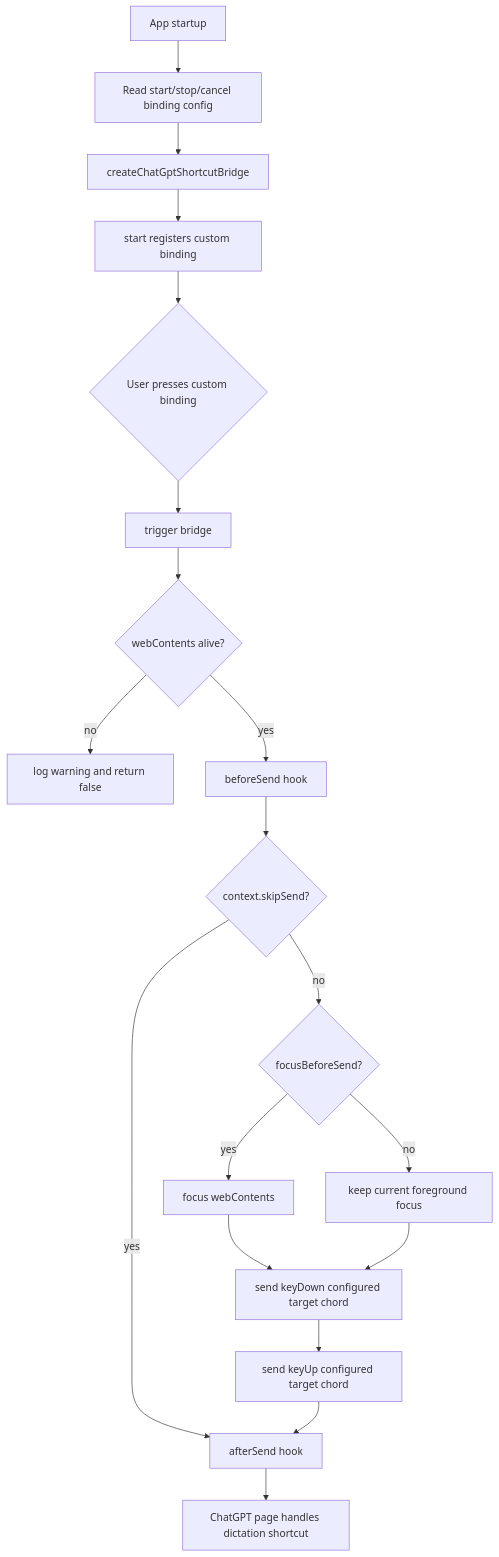
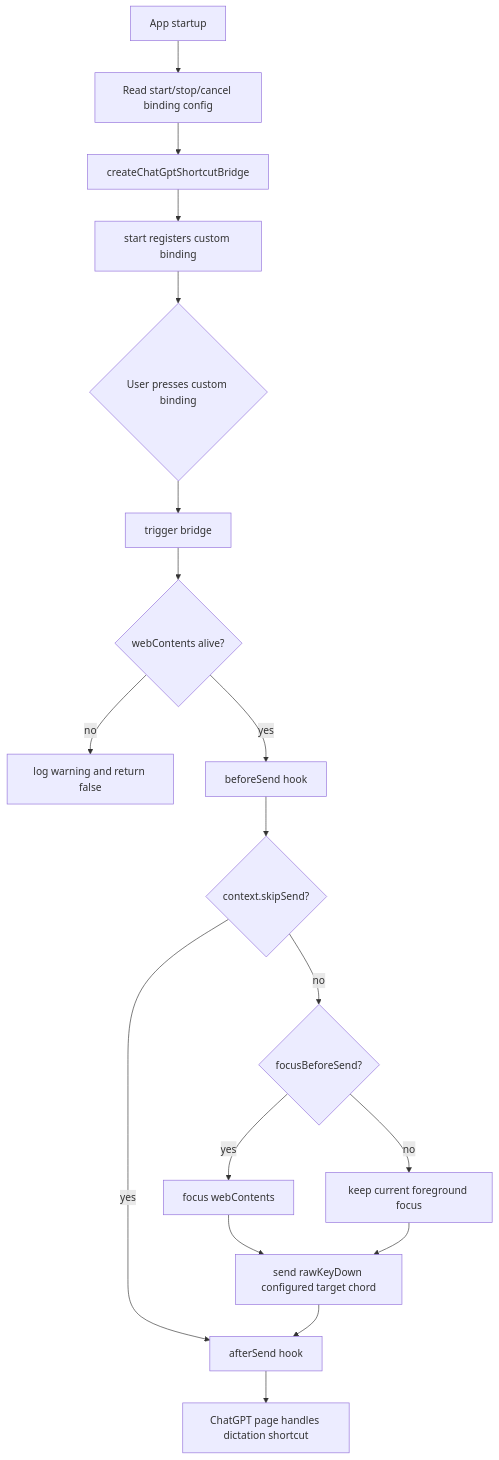
One commit to AKAazure/Dandelion changed the first of 2 diagrams in .doc/modules/chatgpt-shortcut-bridge.md. Above: the diagram before and after it, drawn with Mermaid. The commit also changed other lines of this file and 33 other files, not shown here.

````diff
--- a/.doc/modules/chatgpt-shortcut-bridge.md
+++ b/.doc/modules/chatgpt-shortcut-bridge.md
@@ -60,21 +60,20 @@
 ```mermaid
 flowchart TD
   A[App startup] --> B[Read start/stop/cancel binding config]
   B --> C[createChatGptShortcutBridge]
   C --> D[start registers custom binding]
   D --> E{User presses custom binding}
   E --> F[trigger bridge]
   F --> G{webContents alive?}
   G -- no --> H[log warning and return false]
   G -- yes --> I[beforeSend hook]
   I --> Q{context.skipSend?}
   Q -- yes --> O[afterSend hook]
   Q -- no --> J{focusBeforeSend?}
   J -- yes --> K[focus webContents]
   J -- no --> L[keep current foreground focus]
-  K --> M[send keyDown configured target chord]
+  K --> M[send rawKeyDown configured target chord]
   L --> M
-  M --> N[send keyUp configured target chord]
-  N --> O[afterSend hook]
+  M --> O[afterSend hook]
   O --> P[ChatGPT page handles dictation shortcut]
 ```
````
